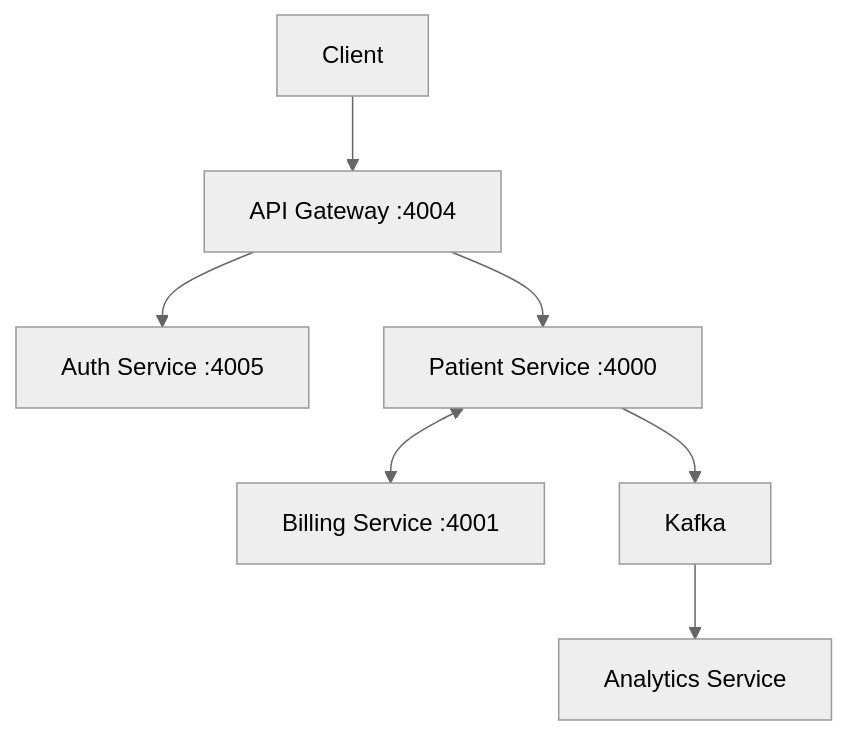
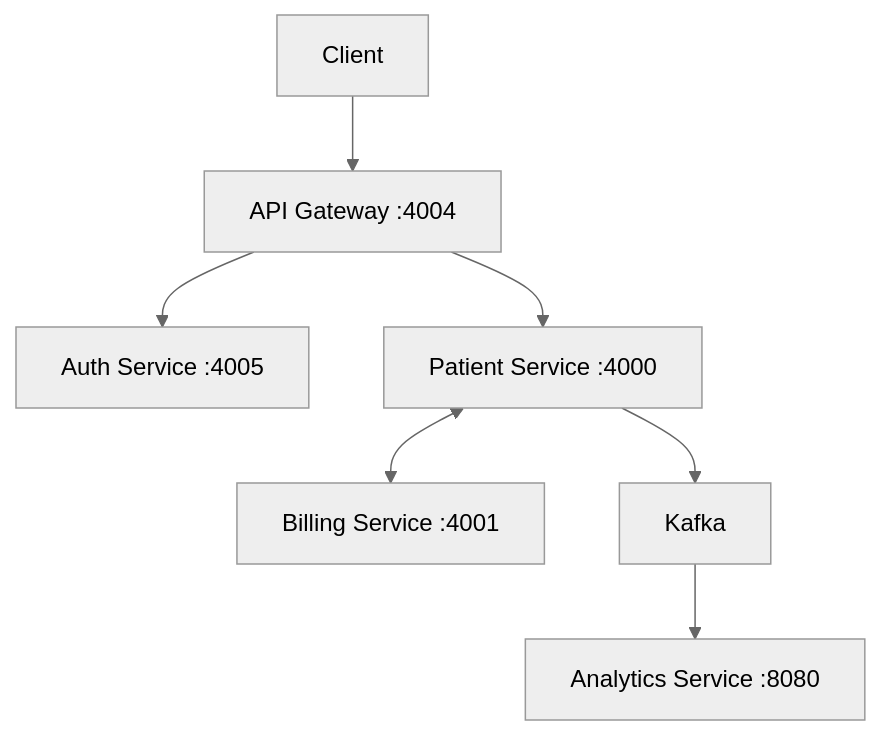
The diagram in README.md (ArshadGhodake/patient-management-microservices), drawn with Mermaid (neutral theme) before and after one commit. The commit also changed other lines of this file, not shown here.

````diff
--- a/README.md
+++ b/README.md
@@ -31,9 +31,9 @@
 ```mermaid
 flowchart TD
     A[Client] --> B[API Gateway :4004]
     B --> C[Auth Service :4005]
     B --> D[Patient Service :4000]
     D <--> E[Billing Service :4001]
     D --> F[Kafka]
-    F --> G[Analytics Service]
+    F --> G[Analytics Service :8080]
 ```
````
